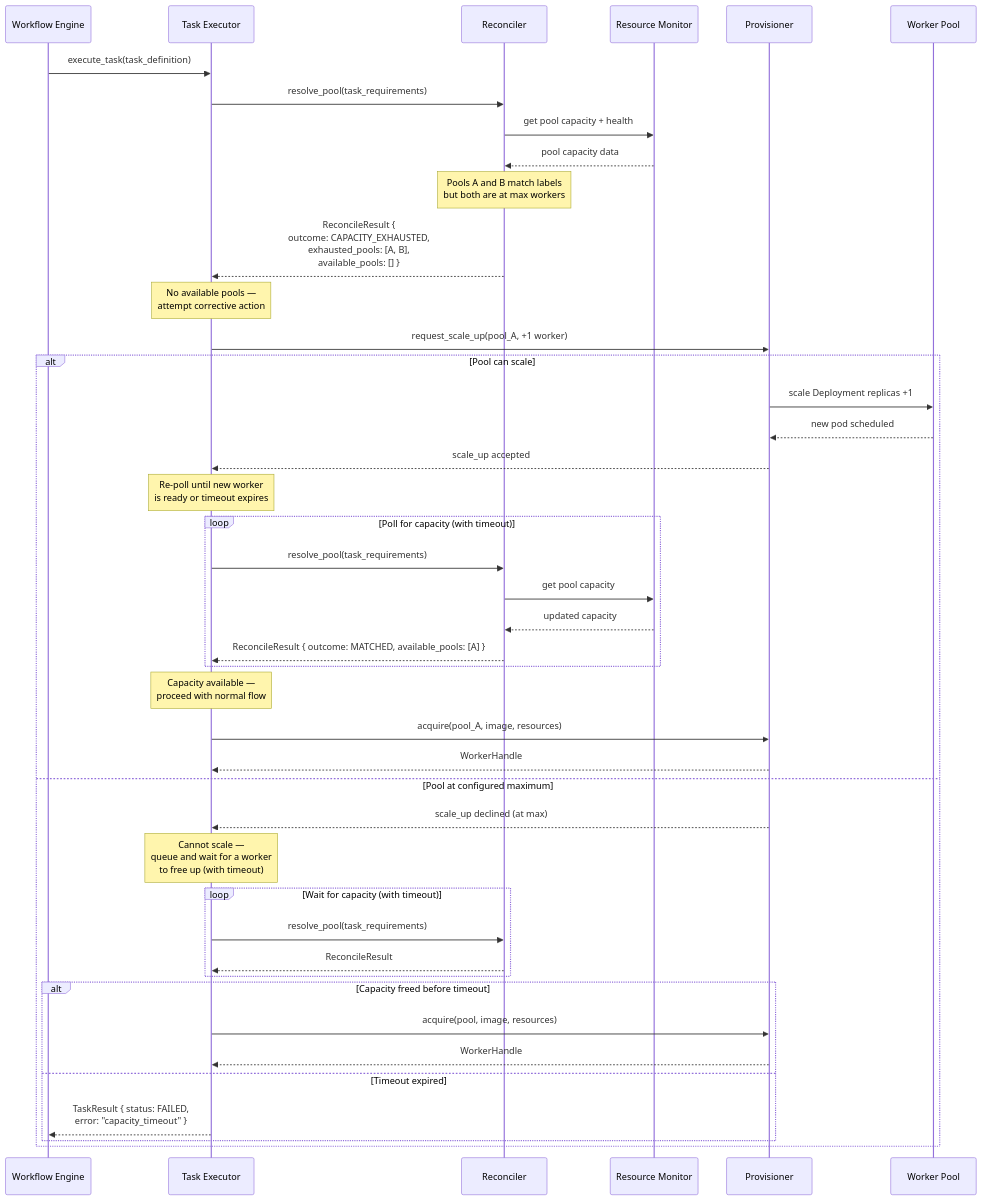
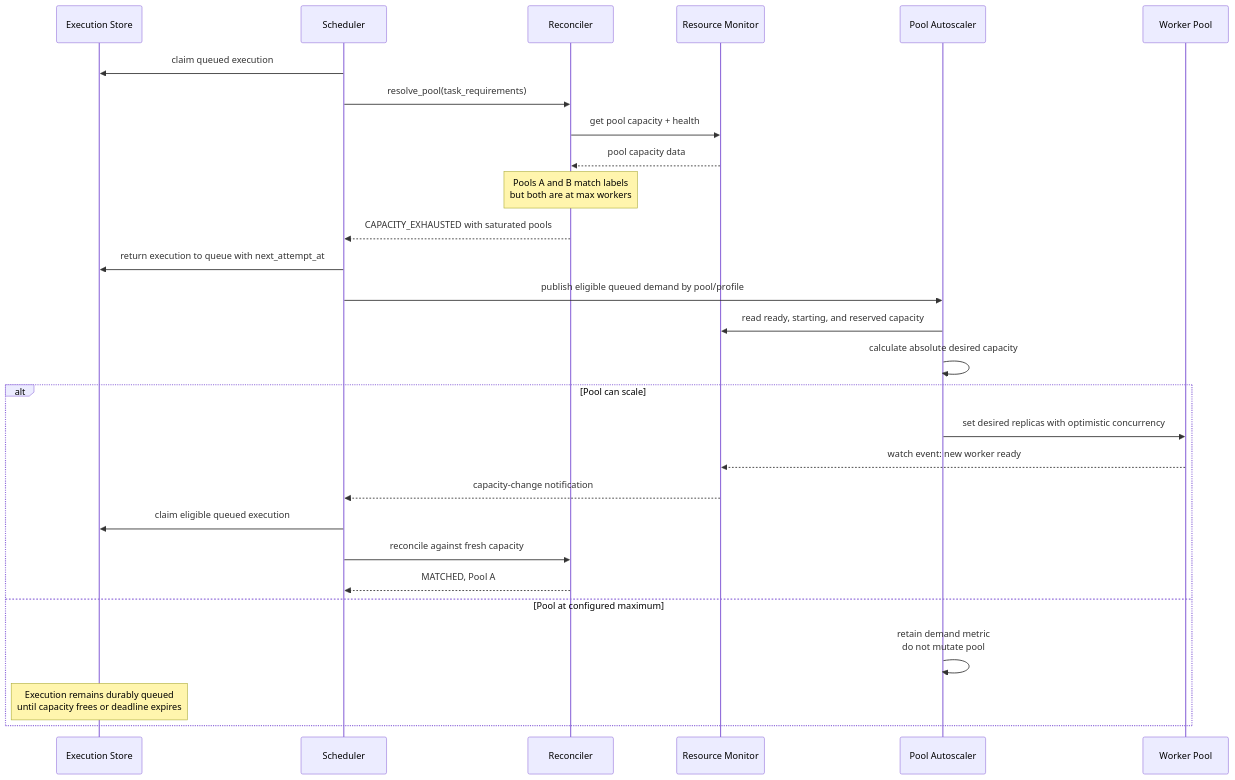
Before and after one commit to manstis/syntara: diagram 15 of 16 in backend/docs/execution-plane.md, drawn with Mermaid. The commit also changed other lines of this file, not shown here.

````diff
--- a/backend/docs/execution-plane.md
+++ b/backend/docs/execution-plane.md
@@ -633,61 +714,36 @@
 ```mermaid
 sequenceDiagram
-    participant WE as Workflow Engine
-    participant TE as Task Executor
+    participant ES as Execution Store
+    participant S as Scheduler
     participant R as Reconciler
     participant RM as Resource Monitor
-    participant P as Provisioner
+    participant PA as Pool Autoscaler
     participant WP as Worker Pool
 
-    WE->>TE: execute_task(task_definition)
-
-    TE->>R: resolve_pool(task_requirements)
+    S->>ES: claim queued execution
+    S->>R: resolve_pool(task_requirements)
 
     R->>RM: get pool capacity + health
     RM-->>R: pool capacity data
 
     Note over R: Pools A and B match labels<br/>but both are at max workers
 
-    R-->>TE: ReconcileResult {<br/>  outcome: CAPACITY_EXHAUSTED,<br/>  exhausted_pools: [A, B],<br/>  available_pools: [] }
+    R-->>S: CAPACITY_EXHAUSTED with saturated pools
+    S->>ES: return execution to queue with next_attempt_at
+    S->>PA: publish eligible queued demand by pool/profile
 
-    Note over TE: No available pools —<br/>attempt corrective action
-
-    TE->>P: request_scale_up(pool_A, +1 worker)
+    PA->>RM: read ready, starting, and reserved capacity
+    PA->>PA: calculate absolute desired capacity
 
     alt Pool can scale
-        P->>WP: scale Deployment replicas +1
-        WP-->>P: new pod scheduled
-        P-->>TE: scale_up accepted
-
-        Note over TE: Re-poll until new worker<br/>is ready or timeout expires
-
-        loop Poll for capacity (with timeout)
-            TE->>R: resolve_pool(task_requirements)
-            R->>RM: get pool capacity
-            RM-->>R: updated capacity
-            R-->>TE: ReconcileResult { outcome: MATCHED, available_pools: [A] }
-        end
-
-        Note over TE: Capacity available —<br/>proceed with normal flow
-
-        TE->>P: acquire(pool_A, image, resources)
-        P-->>TE: WorkerHandle
-
+        PA->>WP: set desired replicas with optimistic concurrency
+        WP-->>RM: watch event: new worker ready
+        RM-->>S: capacity-change notification
+        S->>ES: claim eligible queued execution
+        S->>R: reconcile against fresh capacity
+        R-->>S: MATCHED, Pool A
     else Pool at configured maximum
-        P-->>TE: scale_up declined (at max)
-
-        Note over TE: Cannot scale —<br/>queue and wait for a worker<br/>to free up (with timeout)
-
-        loop Wait for capacity (with timeout)
-            TE->>R: resolve_pool(task_requirements)
-            R-->>TE: ReconcileResult
-        end
-
-        alt Capacity freed before timeout
-            TE->>P: acquire(pool, image, resources)
-            P-->>TE: WorkerHandle
-        else Timeout expired
-            TE-->>WE: TaskResult { status: FAILED,<br/>  error: "capacity_timeout" }
-        end
+        PA->>PA: retain demand metric<br/>do not mutate pool
+        Note over ES: Execution remains durably queued<br/>until capacity frees or deadline expires
     end
 ```
````
